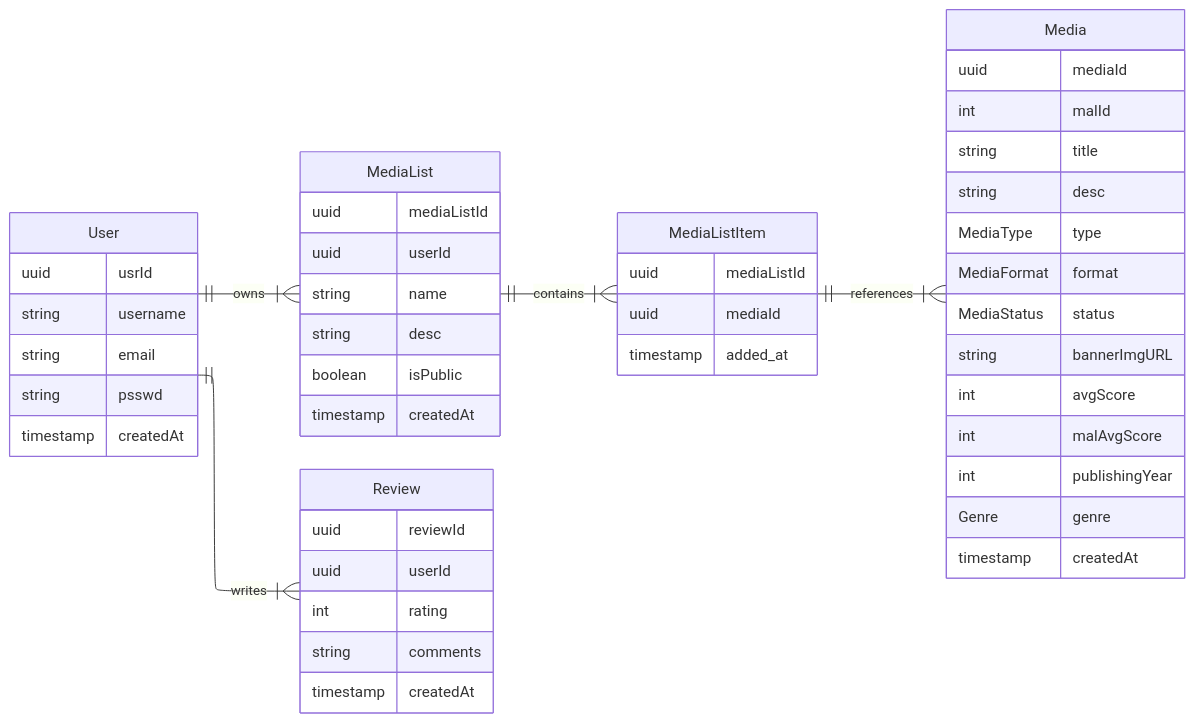
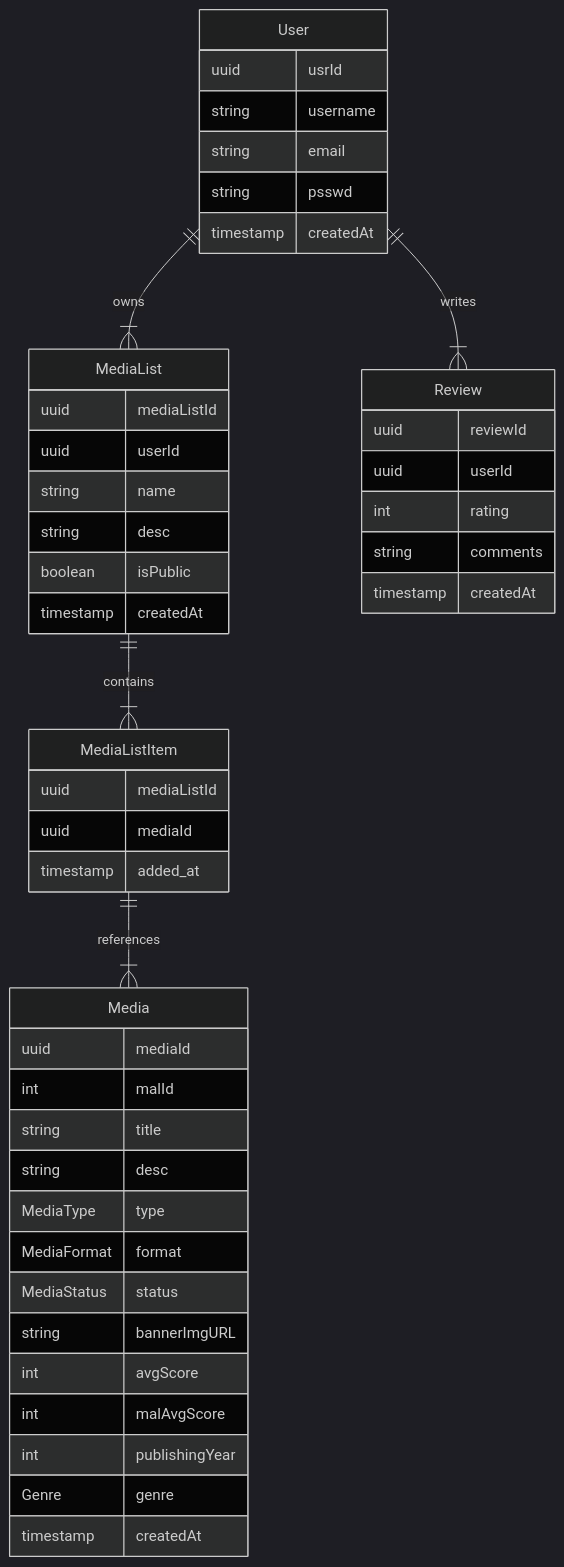
Before and after one commit to Jaska28/TP1-Service-Web: the diagram in README.md, drawn with Mermaid.

Commit message:
docs: changed to theme of the ERD so it can be seen well in github

````diff
--- a/README.md
+++ b/README.md
@@ -24,61 +24,57 @@
 ```mermaid
----
-config:
-  layout: elk
-  theme: default
-  look: classic
----
+%%{init: {"theme": "dark"}}%%
+
 erDiagram
-	direction LR
-	User {
-		uuid usrId  ""
-		string username  ""
-		string email  ""
-		string psswd  ""
-		timestamp createdAt  ""
-	}
+  User {
+    uuid usrId  ""
+    string username  ""
+    string email  ""
+    string psswd  ""
+    timestamp createdAt  ""
+  }
 
-	MediaList {
-		uuid mediaListId  ""
-		uuid userId  ""
-		string name  ""
-		string desc  ""
-		boolean isPublic  ""
-		timestamp createdAt  ""
-	}
+  MediaList {
+    uuid mediaListId  ""
+    uuid userId  ""
+    string name  ""
+    string desc  ""
+    boolean isPublic  ""
+    timestamp createdAt  ""
+  }
 
-	MediaListItem {
-		uuid mediaListId  ""
-		uuid mediaId  ""
-		timestamp added_at  ""
-	}
+  MediaListItem {
+    uuid mediaListId  ""
+    uuid mediaId  ""
+    timestamp added_at  ""
+  }
 
-	Media {
-		uuid mediaId  ""
-		int malId  ""
-		string title  ""
-		string desc  ""
-		MediaType type  ""
-		MediaFormat format  ""
-		MediaStatus status  ""
-		string bannerImgURL  ""
-		int avgScore  ""
-		int malAvgScore  ""
-		int publishingYear  ""
-		Genre genre  ""
-		timestamp createdAt  ""
-	}
+  Media {
+    uuid mediaId  ""
+    int malId  ""
+    string title  ""
+    string desc  ""
+    MediaType type  ""
+    MediaFormat format  ""
+    MediaStatus status  ""
+    string bannerImgURL  ""
+    int avgScore  ""
+    int malAvgScore  ""
+    int publishingYear  ""
+    Genre genre  ""
+    timestamp createdAt  ""
+  }
 
-	Review {
-		uuid reviewId  ""
-		uuid userId  ""
-		int rating  ""
-		string comments  ""
-		timestamp createdAt  ""
-	}
+  Review {
+    uuid reviewId  ""
+    uuid userId  ""
+    int rating  ""
+    string comments  ""
+    timestamp createdAt  ""
+  }
 
-	User||--|{MediaList:"owns"
-	MediaList||--|{MediaListItem:"contains"
-	MediaListItem||--|{Media:"references"
-	User||--|{Review:"writes"
+  User||--|{MediaList:"owns"
+  MediaList||--|{MediaListItem:"contains"
+  MediaListItem||--|{Media:"references"
+  User||--|{Review:"writes"
+
   ```
````
